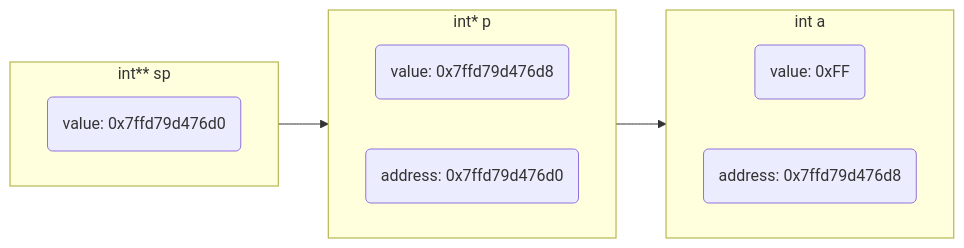
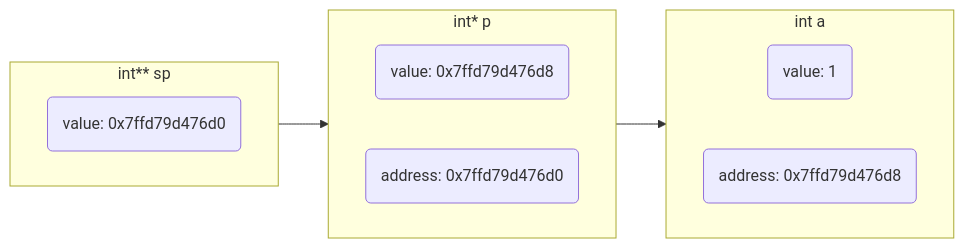
Before and after one commit to dmjcb/dmjcb.github.io: the ninth of 10 diagrams in _posts/c_c++/pointer/2022-01-08-pointer.md, drawn with Mermaid. The commit also changed other lines of this file and 22 other files, not shown here.

````diff
--- a/_posts/c_c++/pointer/2022-01-08-pointer.md
+++ b/_posts/c_c++/pointer/2022-01-08-pointer.md
@@ -550,19 +555,19 @@
 ```mermaid
 graph LR;
     subgraph S1[int a]
         direction LR
-        V1(value: 0xFF)
+        V1(value: 1)
         A1(address: 0x7ffd79d476d8)
     end
     subgraph S2[int* p]
         direction LR
         V2(value: 0x7ffd79d476d8)
         A2(address: 0x7ffd79d476d0)
     end
     subgraph S3[int** sp]
         direction LR
         V3(value: 0x7ffd79d476d0)
     end
     V3-->A2
     V2-->A1
 ```
````
